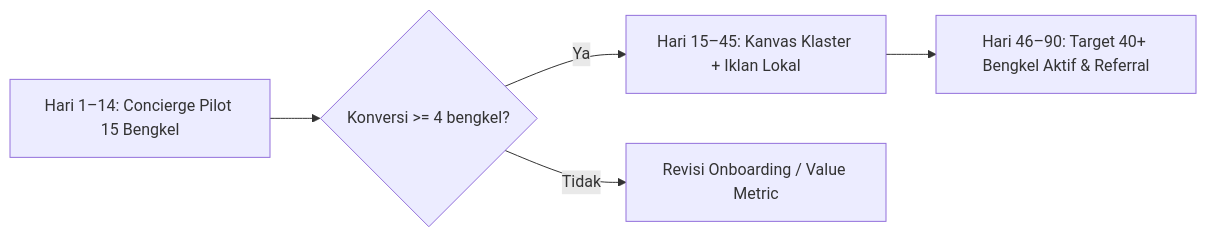
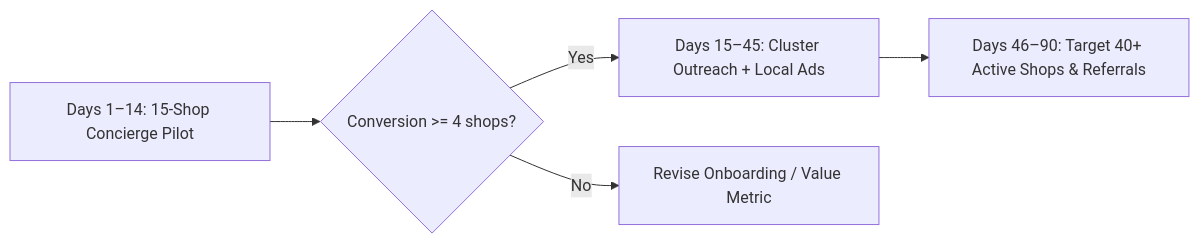
Before and after one commit to AlulCode45/IdeaForge: the diagram in examples/sample-business-analysis/12-go-to-market-and-risk.md, drawn with Mermaid. The commit also changed other lines of this file and 21 other files, not shown here.

Commit message:
docs: translate sample reports and charts to English with --lang en PDF support

````diff
--- a/examples/sample-business-analysis/12-go-to-market-and-risk.md
+++ b/examples/sample-business-analysis/12-go-to-market-and-risk.md
@@ -5,7 +5,7 @@
 ```mermaid
 flowchart LR
-    P1["Hari 1–14: Concierge Pilot 15 Bengkel"] --> G{"Konversi >= 4 bengkel?"}
-    G -- "Ya" --> P2["Hari 15–45: Kanvas Klaster + Iklan Lokal"]
-    G -- "Tidak" --> R["Revisi Onboarding / Value Metric"]
-    P2 --> P3["Hari 46–90: Target 40+ Bengkel Aktif & Referral"]
+    P1["Days 1–14: 15-Shop Concierge Pilot"] --> G{"Conversion >= 4 shops?"}
+    G -- "Yes" --> P2["Days 15–45: Cluster Outreach + Local Ads"]
+    G -- "No" --> R["Revise Onboarding / Value Metric"]
+    P2 --> P3["Days 46–90: Target 40+ Active Shops & Referrals"]
 ```
````
